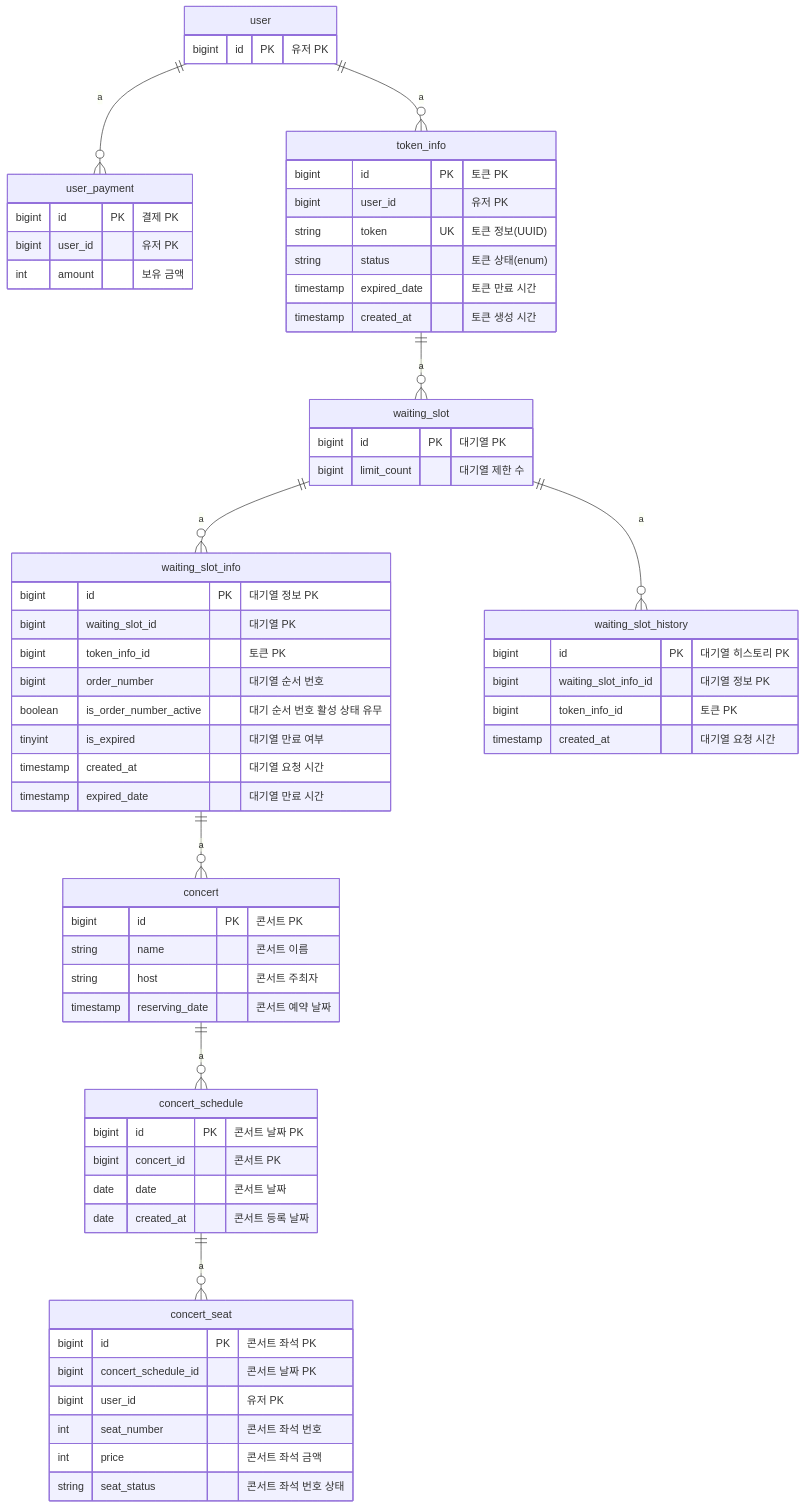
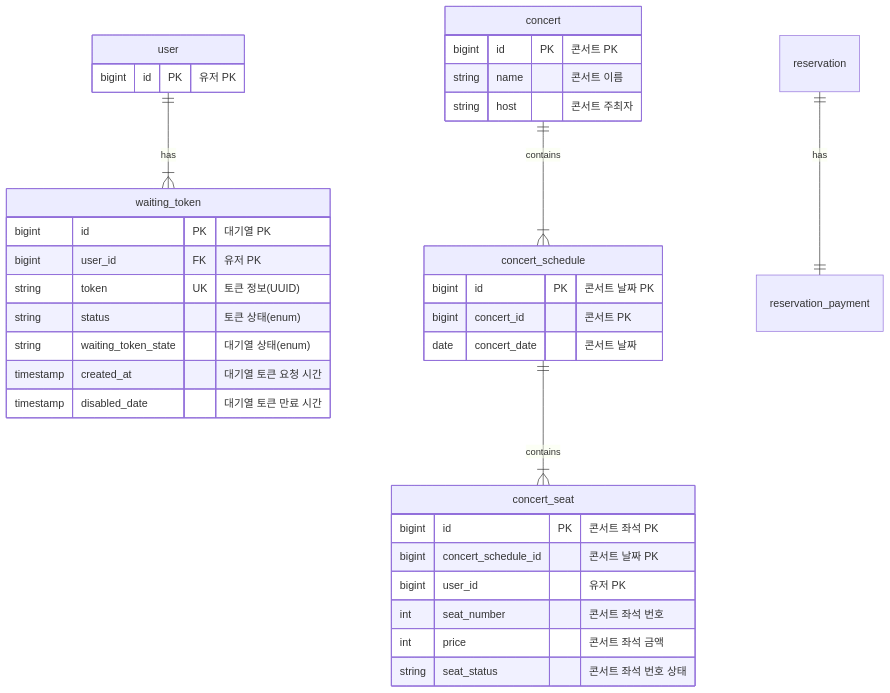
Before and after one commit to kdelay/Concert-Booking: the diagram in documents/erd_diagram.md, drawn with Mermaid.

Commit message:
docs: [#3] 토큰, 대기열 테이블 간소화, 결제 테이블 유저와 분리, 예약 테이블 생성

````diff
--- a/documents/erd_diagram.md
+++ b/documents/erd_diagram.md
@@ -2,60 +2,23 @@
 erDiagram
     %% 사용자
     user {
-        %% 유저 PK에 대해서 여러 개의 토큰
         bigint id PK "유저 PK"
     }
 
-    %% user(1) : payment(1)
-    user_payment {
-        bigint id PK "결제 PK"
-        bigint user_id "유저 PK"
-        int amount "보유 금액"
-    }
-
-    %% 토큰 정보
-    %% user(1) : token_info(N)
-    %% 사용자 -> 대기열 첫 진입 시, 토큰 요청
-    token_info {
-        bigint id PK "토큰 PK"
-        bigint user_id "유저 PK"
-
+    %% 대기열 토큰 정보
+    %% user(1) : waiting_slot(N)
+    waiting_token {
+        bigint id PK "대기열 PK"
+        bigint user_id FK "유저 PK"
+        
         string token UK "토큰 정보(UUID)"
-        %% USING(사용중), EXPIRED(만료됨)
+        %% ACTIVE(활성화), DISABLED(비활성화)
         string status "토큰 상태(enum)"
-        timestamp expired_date "토큰 만료 시간"
-        timestamp created_at "토큰 생성 시간"
-    }
-
-    %% 대기열
-    waiting_slot {
-        bigint id PK "대기열 PK"
-        bigint limit_count "대기열 제한 수"
-    }
-
-    %% 대기열 정보
-    %% waiting_slot(1) : waiting_slot_info(N)
-    %% token_info(N) : waiting_slot_info(1)
-    %% 사용자 -> 대기열 요청(토큰 있는지 확인)
-    waiting_slot_info {
-        bigint id PK "대기열 정보 PK"
-        bigint waiting_slot_id "대기열 PK"
-        bigint token_info_id "토큰 PK"
-
-        bigint order_number "대기열 순서 번호"
-        boolean is_order_number_active "대기 순서 번호 활성 상태 유무"
-        tinyint is_expired "대기열 만료 여부"
-        timestamp created_at "대기열 요청 시간"
-        timestamp expired_date "대기열 만료 시간"
-    }
-
-    %% 대기열 history log
-    %% waiting_slot() : wating_slot_history(1)
-    waiting_slot_history {
-        bigint id PK "대기열 히스토리 PK"
-        bigint waiting_slot_info_id "대기열 정보 PK"
-        bigint token_info_id "토큰 PK"
-        timestamp created_at "대기열 요청 시간"
+        
+        %% WAITING(미진입, 대기중), AVAILABLE(토큰 만료 시간 측정)
+        string waiting_token_state "대기열 상태(enum)"
+        timestamp created_at "대기열 토큰 요청 시간"
+        timestamp disabled_date "대기열 토큰 만료 시간"
     }
 
     %% 콘서트
@@ -63,19 +26,16 @@
         bigint id PK "콘서트 PK"
         string name "콘서트 이름"
         string host "콘서트 주최자"
-        timestamp reserving_date "콘서트 예약 날짜"
     }
 
-    %% concert(1) : concdert_schedule(N)
+    %% concert(1) : concert_schedule(N)
     concert_schedule {
         bigint id PK "콘서트 날짜 PK"
         bigint concert_id "콘서트 PK"
-        date date "콘서트 날짜"
-        date created_at "콘서트 등록 날짜"
+        date concert_date "콘서트 날짜"
     }
 
     %% concert_schedule(1) : concert_seat(N)
-    %% user(1) : concert_seat(N)
     concert_seat {
         bigint id PK "콘서트 좌석 PK"
         bigint concert_schedule_id "콘서트 날짜 PK"
@@ -86,12 +46,8 @@
         string seat_status "콘서트 좌석 번호 상태"
     }
 
-    user ||--o{ user_payment : a
-    user ||--o{ token_info : a
-    token_info ||--o{ waiting_slot : a
-    waiting_slot_info ||--o{ concert : a
-    waiting_slot ||--o{ waiting_slot_info : a
-    waiting_slot ||--o{ waiting_slot_history : a
-    concert ||--o{ concert_schedule : a
-    concert_schedule ||--o{ concert_seat : a
+    user ||--|{ waiting_token : has
+    concert ||--|{ concert_schedule : contains
+    concert_schedule ||--|{ concert_seat : contains
+    reservation ||--|| reservation_payment : has
 ```
````
